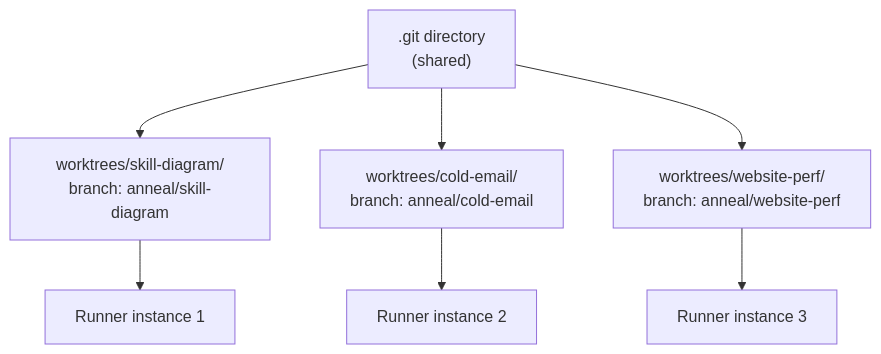
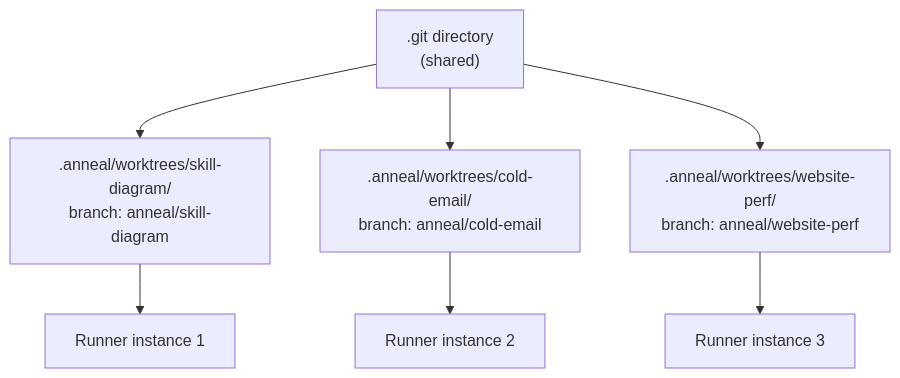
The fourth of 15 diagrams in docs/system-design.md (Mathews-Tom/anneal), drawn with Mermaid before and after one commit. The commit also changed other lines of this file and 1 other file, not shown here.

First line of the commit message:
Update docs and gitignore for .anneal/ layout

````diff
--- a/docs/system-design.md
+++ b/docs/system-design.md
@@ -228,10 +228,10 @@
 ```mermaid
 flowchart TD
-    REPO[".git directory<br/>(shared)"] --> WT1["worktrees/skill-diagram/<br/>branch: anneal/skill-diagram"]
-    REPO --> WT2["worktrees/cold-email/<br/>branch: anneal/cold-email"]
-    REPO --> WT3["worktrees/website-perf/<br/>branch: anneal/website-perf"]
+    REPO[".git directory<br/>(shared)"] --> WT1[".anneal/worktrees/skill-diagram/<br/>branch: anneal/skill-diagram"]
+    REPO --> WT2[".anneal/worktrees/cold-email/<br/>branch: anneal/cold-email"]
+    REPO --> WT3[".anneal/worktrees/website-perf/<br/>branch: anneal/website-perf"]
 
     WT1 --> R1[Runner instance 1]
     WT2 --> R2[Runner instance 2]
     WT3 --> R3[Runner instance 3]
 ```
````
